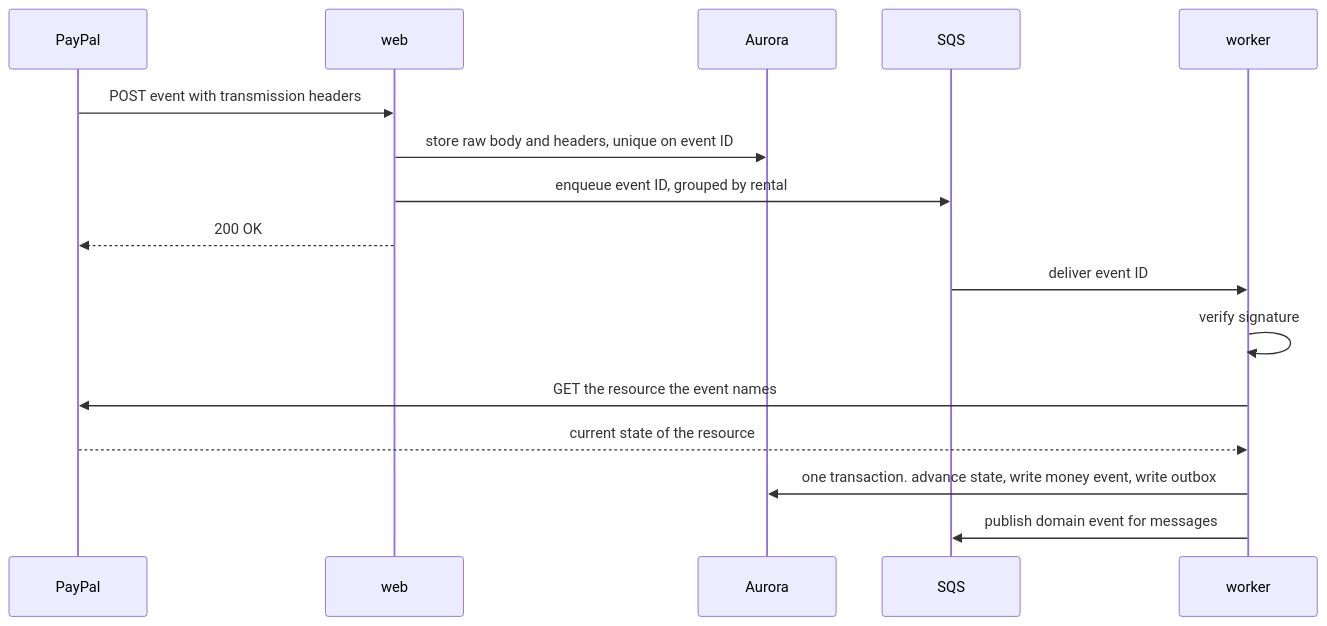
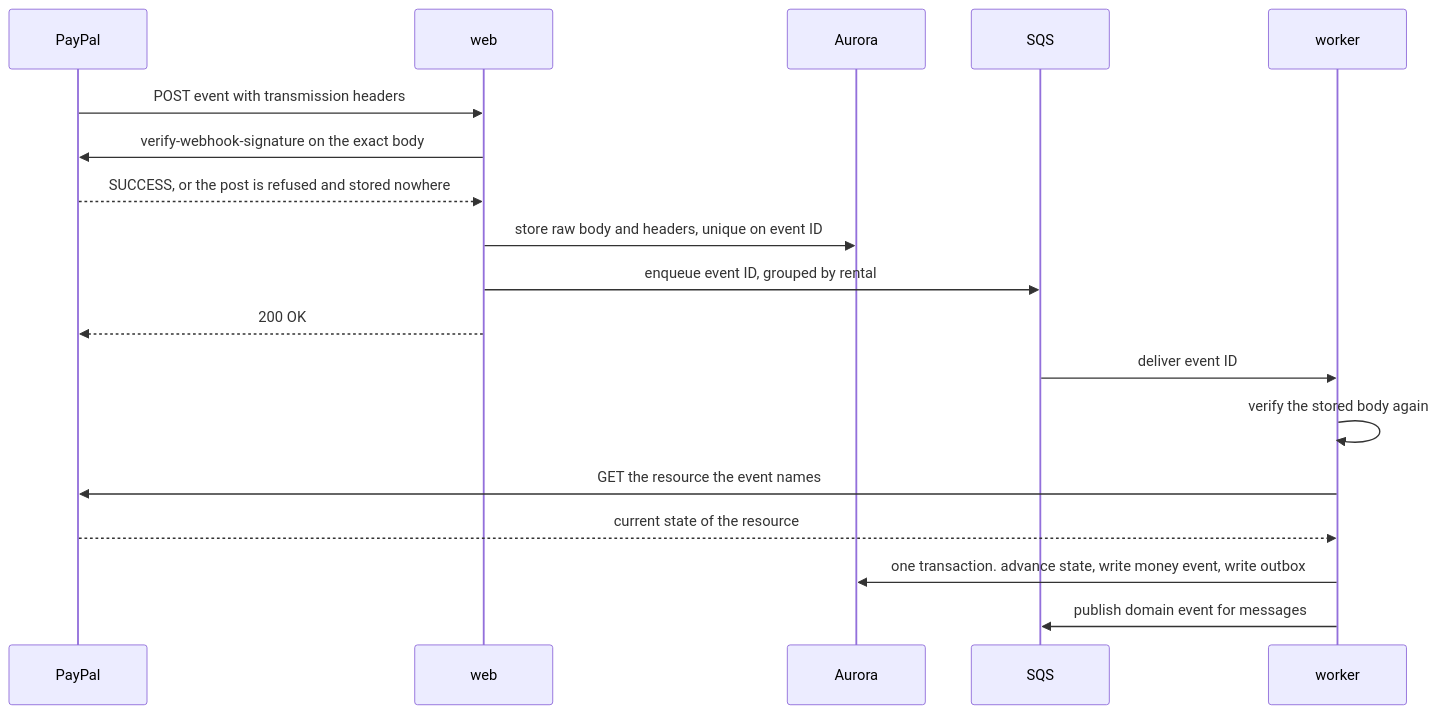
Before and after one commit to rogerjeasy/hold: the seventh of 16 diagrams in docs/architecture.md, drawn with Mermaid. The commit also changed other lines of this file and 10 other files, not shown here.

Commit message:
fix(web): PayPal verifies a webhook before it is stored, so a forged post can neither take a real event's id nor fill the queue, and forged posts are capped per address and hour

````diff
--- a/docs/architecture.md
+++ b/docs/architecture.md
@@ -857,19 +857,21 @@
 ```mermaid
 sequenceDiagram
     participant PP as PayPal
     participant WEB as web
     participant DB as Aurora
     participant Q as SQS
     participant WK as worker
 
     PP->>WEB: POST event with transmission headers
+    WEB->>PP: verify-webhook-signature on the exact body
+    PP-->>WEB: SUCCESS, or the post is refused and stored nowhere
     WEB->>DB: store raw body and headers, unique on event ID
     WEB->>Q: enqueue event ID, grouped by rental
     WEB-->>PP: 200 OK
     Q->>WK: deliver event ID
-    WK->>WK: verify signature
+    WK->>WK: verify the stored body again
     WK->>PP: GET the resource the event names
     PP-->>WK: current state of the resource
     WK->>DB: one transaction. advance state, write money event, write outbox
     WK->>Q: publish domain event for messages
 ```
````
